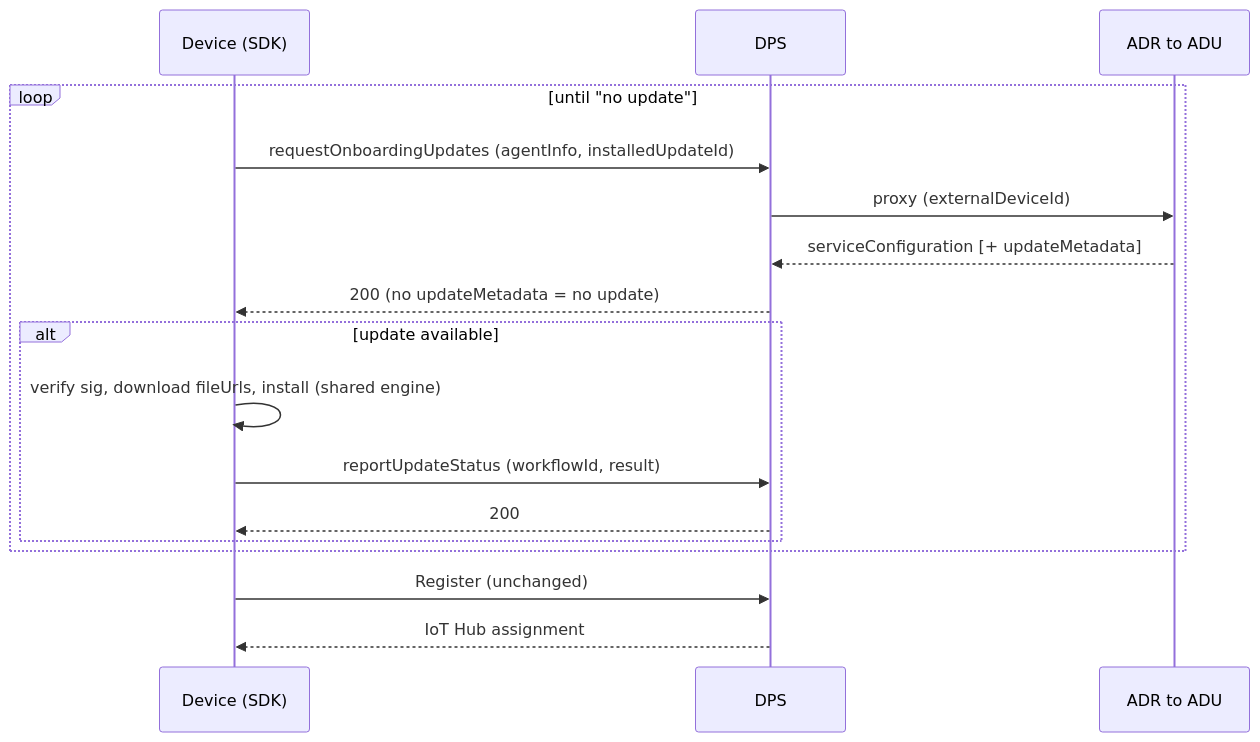
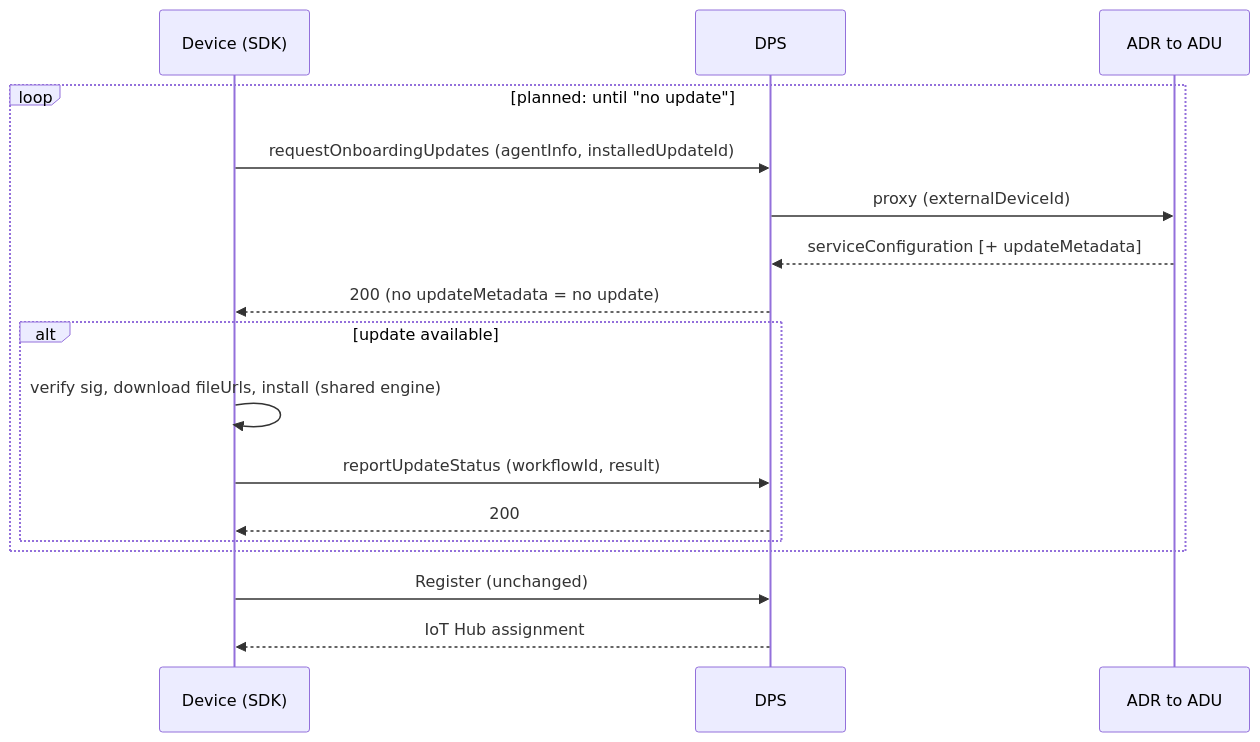
One commit to Azure/azure-iot-sdk changed the third of 4 diagrams in c/docs/eng/adu-client-plan.md. Above: the diagram before and after it, drawn with Mermaid. The commit also changed other lines of this file, not shown here.

````diff
--- a/c/docs/eng/adu-client-plan.md
+++ b/c/docs/eng/adu-client-plan.md
@@ -347,19 +352,20 @@
 ```mermaid
 sequenceDiagram
     participant Dev as Device (SDK)
     participant DPS as DPS
     participant ADU as ADR to ADU
-    loop until "no update"
+    %% Planned. Today the application asks for each check; the SDK runs no loop.
+    loop planned: until "no update"
       Dev->>DPS: requestOnboardingUpdates (agentInfo, installedUpdateId)
       DPS->>ADU: proxy (externalDeviceId)
       ADU-->>DPS: serviceConfiguration [+ updateMetadata]
       DPS-->>Dev: 200 (no updateMetadata = no update)
       alt update available
         Dev->>Dev: verify sig, download fileUrls, install (shared engine)
         Dev->>DPS: reportUpdateStatus (workflowId, result)
         DPS-->>Dev: 200
       end
     end
     Dev->>DPS: Register (unchanged)
     DPS-->>Dev: IoT Hub assignment
 ```
````
